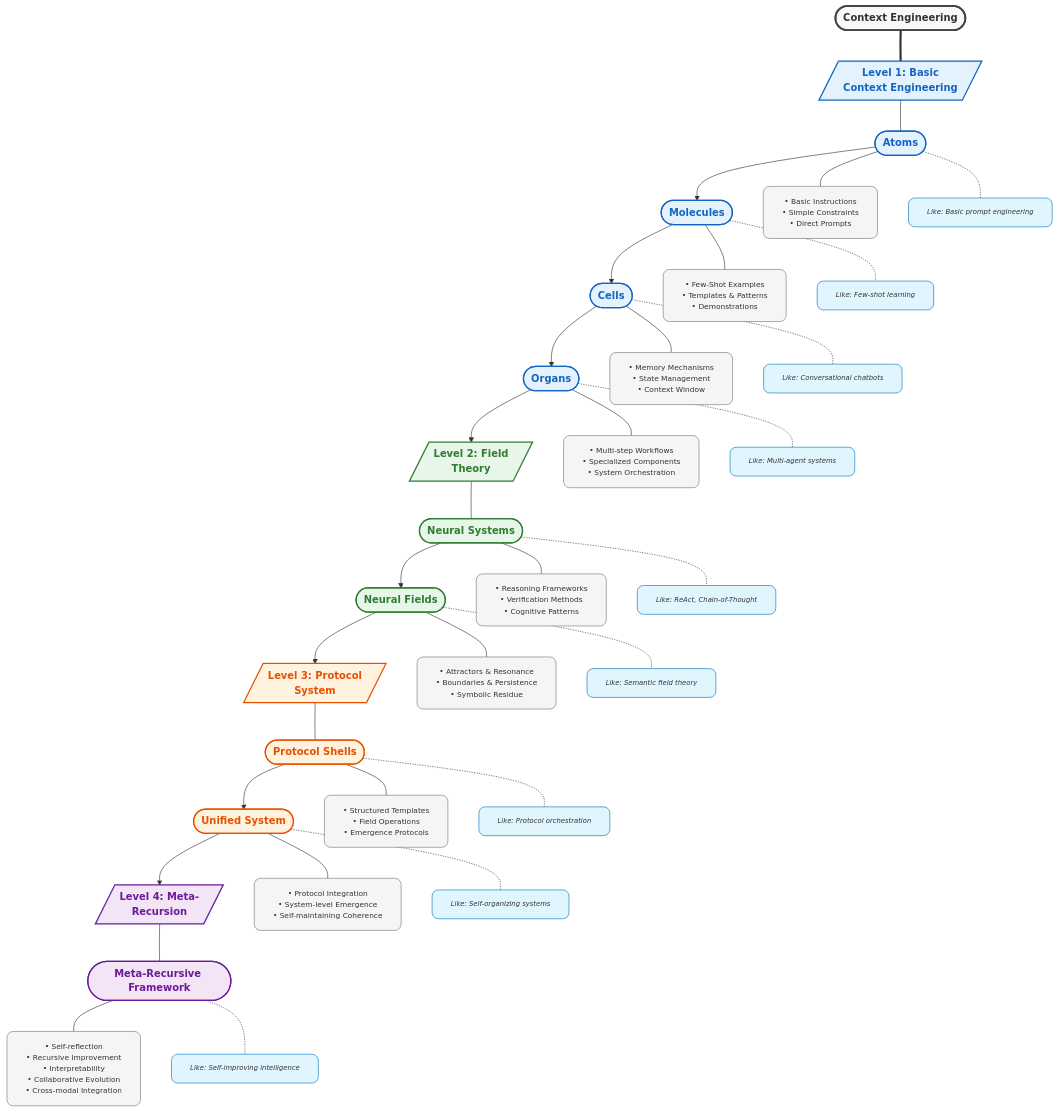
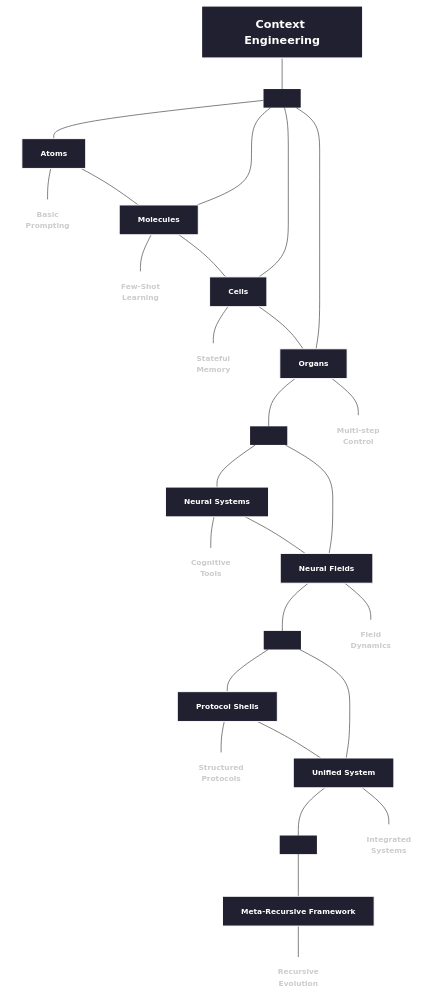
The diagram in 00_foundations/README.md (xuhaodev/Context-Engineering), drawn with Mermaid before and after one commit.

````diff
--- a/00_foundations/README.md
+++ b/00_foundations/README.md
@@ -31,87 +32,87 @@
 ```mermaid
-
-flowchart TD
-    %% Node styling for an intuitive semantic network with compact formatting
-    classDef center fill:#f8f8f8,stroke:#444,stroke-width:3px,color:#333,font-weight:bold,font-size:16px,rx:20,ry:20
-    classDef level1 fill:#e3f2fd,stroke:#1565c0,stroke-width:2px,color:#1565c0,font-weight:bold,rx:15,ry:15
-    classDef level2 fill:#e8f5e9,stroke:#2e7d32,stroke-width:2px,color:#2e7d32,font-weight:bold,rx:15,ry:15
-    classDef level3 fill:#fff3e0,stroke:#e65100,stroke-width:2px,color:#e65100,font-weight:bold,rx:15,ry:15
-    classDef level4 fill:#f3e5f5,stroke:#6a1b9a,stroke-width:2px,color:#6a1b9a,font-weight:bold,rx:15,ry:15
-    classDef concept fill:#f5f5f5,stroke:#777,stroke-width:1px,rx:10,ry:10,font-size:12px
-    classDef realworld fill:#e1f5fe,stroke:#0277bd,stroke-width:1px,rx:10,ry:10,font-style:italic,font-size:11px
+graph TD
+    %% Node styling for ASCII-inspired diagram
+    classDef root fill:#202030,stroke:#ffffff,stroke-width:2px,color:#ffffff,font-weight:bold,font-size:18px
+    classDef box fill:#202030,stroke:#ffffff,stroke-width:1.5px,color:#ffffff,font-weight:bold
+    classDef label fill:none,stroke:none,color:#cccccc,font-size:12px
     
-    %% Main evolutionary pathway with compact layout
-    CE(["Context Engineering"]):::center
+    %% Root node
+    ROOT["Context Engineering"]:::root
     
-    %% Level 1: Basic Context Engineering
-    L1[/"Level 1: Basic\nContext Engineering"/]:::level1
-    CE === L1
+    %% Level lines
+    L1["  "]:::label
+    L2["  "]:::label
+    L3["  "]:::label
+    L4["  "]:::label
     
-    A([Atoms]):::level1
-    B([Molecules]):::level1
-    C([Cells]):::level1
-    D([Organs]):::level1
+    %% Core boxes - Level 1
+    BOX1A["Atoms"]:::box
+    BOX1B["Molecules"]:::box
+    BOX1C["Cells"]:::box
+    BOX1D["Organs"]:::box
     
-    L1 --- A
-    A --> B
-    B --> C
-    C --> D
+    %% Core boxes - Level 2
+    BOX2A["Neural Systems"]:::box
+    BOX2B["Neural Fields"]:::box
     
-    %% Level 2: Field Theory
-    L2[/"Level 2: Field\nTheory"/]:::level2
-    D --> L2
+    %% Core boxes - Level 3
+    BOX3A["Protocol Shells"]:::box
+    BOX3B["Unified System"]:::box
     
-    E([Neural Systems]):::level2
-    F([Neural Fields]):::level2
+    %% Core box - Level 4
+    BOX4["Meta-Recursive Framework"]:::box
     
-    L2 --- E
-    E --> F
+    %% Hierarchical connections
+    ROOT --- L1
+    L1 --- BOX1A & BOX1B & BOX1C & BOX1D
+    L2 --- BOX2A & BOX2B
+    L3 --- BOX3A & BOX3B
+    L4 --- BOX4
     
-    %% Level 3: Protocol Systems
-    L3[/"Level 3: Protocol\nSystem"/]:::level3
-    F --> L3
+    %% Vertical connections
+    BOX1D --- L2
+    BOX2B --- L3
+    BOX3B --- L4
     
-    G([Protocol Shells]):::level3
-    H([Unified System]):::level3
+    %% Clear labels below boxes
+    LABEL1A["Basic<br>Prompting"]:::label
+    LABEL1B["Few-Shot<br>Learning"]:::label
+    LABEL1C["Stateful<br>Memory"]:::label
+    LABEL1D["Multi-step<br>Control"]:::label
     
-    L3 --- G
-    G --> H
+    BOX1A --- LABEL1A
+    BOX1B --- LABEL1B
+    BOX1C --- LABEL1C
+    BOX1D --- LABEL1D
     
-    %% Level 4: Meta-Recursion
-    L4[/"Level 4: Meta-\nRecursion"/]:::level4
-    H --> L4
+    %% Level 2 labels
+    LABEL2A["Cognitive<br>Tools"]:::label
+    LABEL2B["Field<br>Dynamics"]:::label
     
-    I([Meta-Recursive Framework]):::level4
+    BOX2A --- LABEL2A
+    BOX2B --- LABEL2B
     
-    L4 --- I
+    %% Level 3 labels
+    LABEL3A["Structured<br>Protocols"]:::label
+    LABEL3B["Integrated<br>Systems"]:::label
     
-    %% Key Concepts - Compact version
-    A --- A1["• Basic Instructions<br>• Simple Constraints<br>• Direct Prompts"]:::concept
-    B --- B1["• Few-Shot Examples<br>• Templates & Patterns<br>• Demonstrations"]:::concept
-    C --- C1["• Memory Mechanisms<br>• State Management<br>• Context Window"]:::concept
-    D --- D1["• Multi-step Workflows<br>• Specialized Components<br>• System Orchestration"]:::concept
+    BOX3A --- LABEL3A
+    BOX3B --- LABEL3B
     
-    E --- E1["• Reasoning Frameworks<br>• Verification Methods<br>• Cognitive Patterns"]:::concept
-    F --- F1["• Attractors & Resonance<br>• Boundaries & Persistence<br>• Symbolic Residue"]:::concept
+    %% Level 4 label
+    LABEL4["Recursive<br>Evolution"]:::label
     
-    G --- G1["• Structured Templates<br>• Field Operations<br>• Emergence Protocols"]:::concept
-    H --- H1["• Protocol Integration<br>• System-level Emergence<br>• Self-maintaining Coherence"]:::concept
+    BOX4 --- LABEL4
     
-    I --- I1["• Self-reflection<br>• Recursive Improvement<br>• Interpretability<br>• Collaborative Evolution<br>• Cross-modal Integration"]:::concept
+    %% Horizontal connecting lines for each level
+    BOX1A --- BOX1B --- BOX1C --- BOX1D
+    BOX2A --- BOX2B
+    BOX3A --- BOX3B
     
-    %% Real-world applications - Side connections
-    A -.- AR["Like: Basic prompt engineering"]:::realworld
-    B -.- BR["Like: Few-shot learning"]:::realworld
-    C -.- CR["Like: Conversational chatbots"]:::realworld
-    D -.- DR["Like: Multi-agent systems"]:::realworld
-    
-    E -.- ER["Like: ReAct, Chain-of-Thought"]:::realworld
-    F -.- FR["Like: Semantic field theory"]:::realworld
-    
-    G -.- GR["Like: Protocol orchestration"]:::realworld
-    H -.- HR["Like: Self-organizing systems"]:::realworld
-    
-    I -.- IR["Like: Self-improving intelligence"]:::realworld
-
-
+    %% Background styling
+    style ROOT fill:#202030,color:#ffffff
+    style L1 fill:#202030,color:#202030
+    style L2 fill:#202030,color:#202030
+    style L3 fill:#202030,color:#202030
+    style L4 fill:#202030,color:#202030
 ```
````
